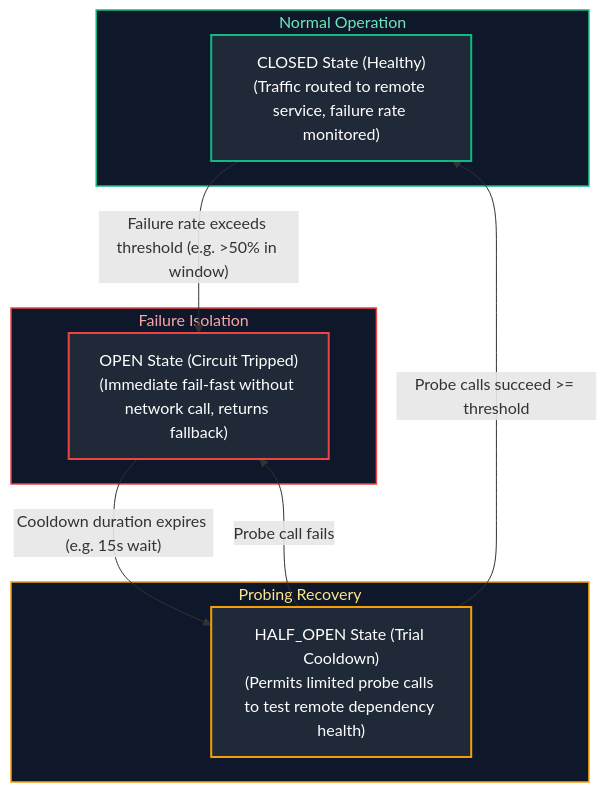
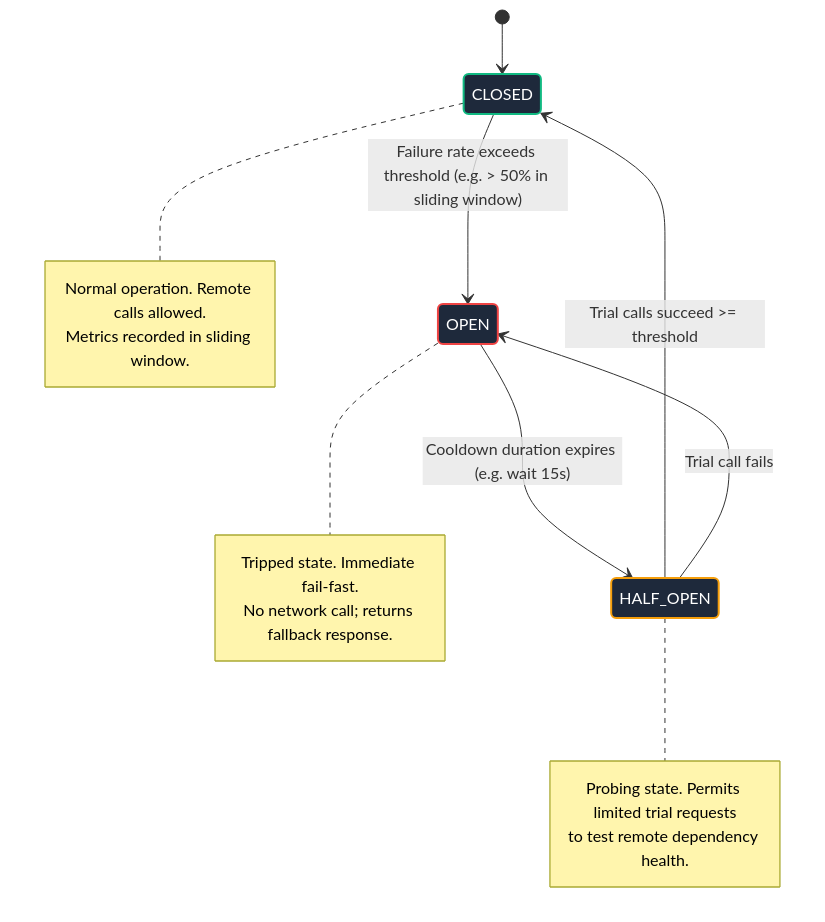
One commit to joydeep-biswas/Interview-Preparation changed the ninth of 20 diagrams in Java Backend Engineering/13_microservices_distributed_systems_system_design.md. Above: the diagram before and after it, drawn with Mermaid. The commit also changed other lines of this file and 76 other files, not shown here.

Commit message:
Updated Charts

````diff
--- a/Java Backend Engineering/13_microservices_distributed_systems_system_design.md
+++ b/Java Backend Engineering/13_microservices_distributed_systems_system_design.md
@@ -447,27 +448,31 @@
 ```mermaid
-flowchart TD
-    subgraph OperationalState ["Normal Operation"]
-        Closed["CLOSED State (Healthy)<br/>(Traffic routed to remote service, failure rate monitored)"]
-    end
+stateDiagram-v2
+    classDef operational fill:#1e293b,stroke:#10b981,stroke-width:2px,color:#ffffff
+    classDef tripped fill:#1e293b,stroke:#ef4444,stroke-width:2px,color:#ffffff
+    classDef trial fill:#1e293b,stroke:#f59e0b,stroke-width:2px,color:#ffffff
 
-    subgraph ProtectiveCutoff ["Failure Isolation"]
-        Open["OPEN State (Circuit Tripped)<br/>(Immediate fail-fast without network call, returns fallback)"]
-    end
+    [*] --> CLOSED
+    
+    CLOSED --> OPEN: Failure rate exceeds threshold (e.g. > 50% in sliding window)
+    note right of CLOSED
+        Normal operation. Remote calls allowed.
+        Metrics recorded in sliding window.
+    end note
 
-    subgraph RecoveryTrial ["Probing Recovery"]
-        HalfOpen["HALF_OPEN State (Trial Cooldown)<br/>(Permits limited probe calls to test remote dependency health)"]
-    end
+    OPEN --> HALF_OPEN: Cooldown duration expires (e.g. wait 15s)
+    note right of OPEN
+        Tripped state. Immediate fail-fast.
+        No network call; returns fallback response.
+    end note
 
-    Closed -->|"Failure rate exceeds threshold (e.g. >50% in window)"| Open
-    Open -->|"Cooldown duration expires (e.g. 15s wait)"| HalfOpen
-    HalfOpen -->|"Probe calls succeed >= threshold"| Closed
-    HalfOpen -->|"Probe call fails"| Open
+    HALF_OPEN --> CLOSED: Trial calls succeed >= threshold
+    HALF_OPEN --> OPEN: Trial call fails
+    note right of HALF_OPEN
+        Probing state. Permits limited trial requests
+        to test remote dependency health.
+    end note
 
-    style OperationalState fill:#0f172a,stroke:#10b981,stroke-width:1.5px,color:#6ee7b7
-    style ProtectiveCutoff fill:#0f172a,stroke:#ef4444,stroke-width:1.5px,color:#fca5a5
-    style RecoveryTrial fill:#0f172a,stroke:#f59e0b,stroke-width:1.5px,color:#fde68a
-
-    style Closed fill:#1f2937,stroke:#10b981,stroke-width:2px,color:#fff
-    style Open fill:#1f2937,stroke:#ef4444,stroke-width:2px,color:#fff
-    style HalfOpen fill:#1f2937,stroke:#f59e0b,stroke-width:2px,color:#fff
+    class CLOSED operational
+    class OPEN tripped
+    class HALF_OPEN trial
 ```
````
